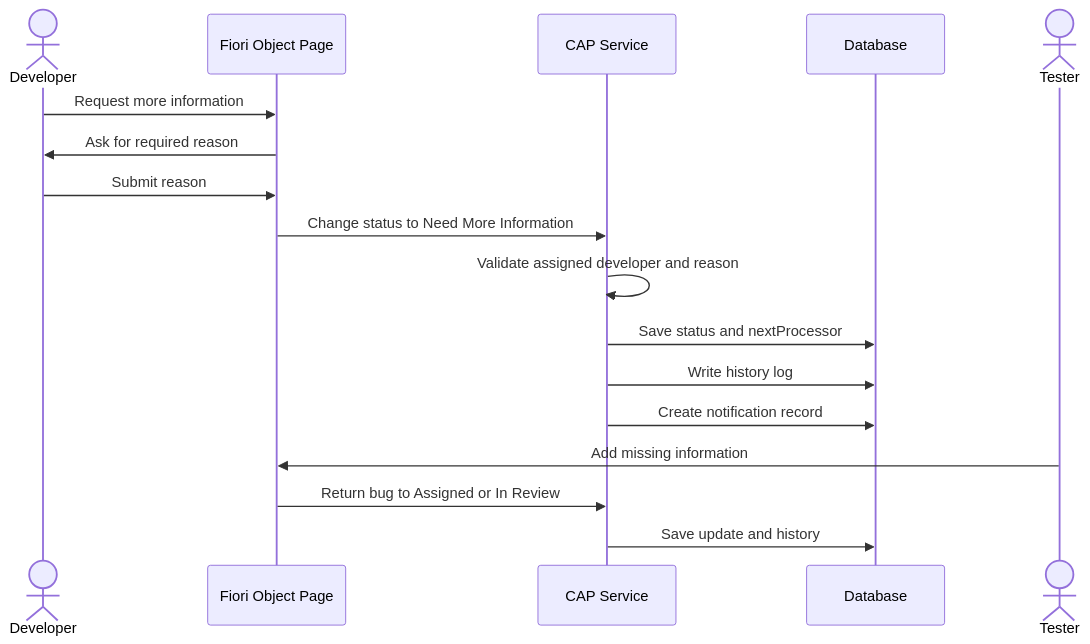
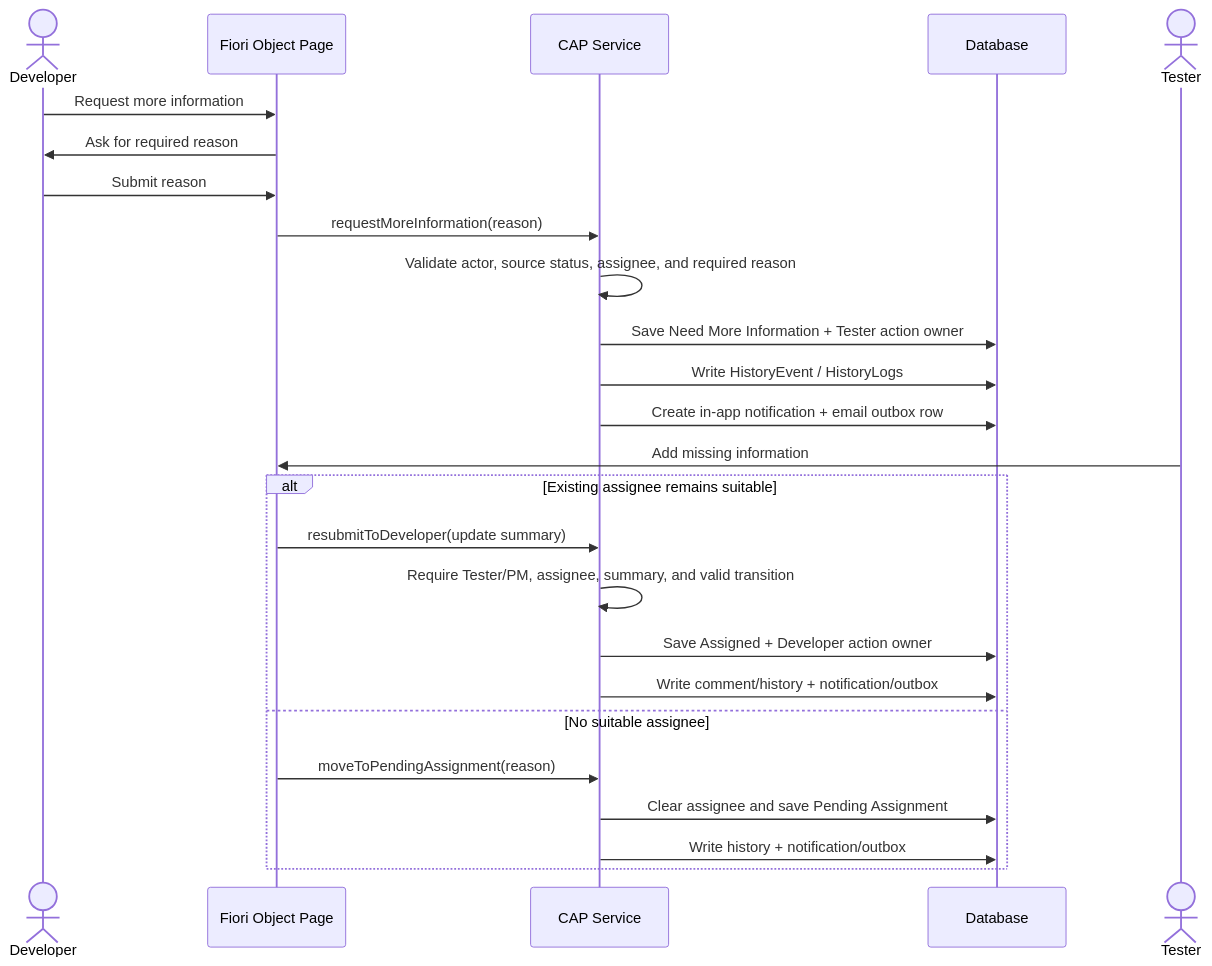
One commit to DarwinDO/IDTS-SAP01 changed the diagram in docs/diagrams/rendered/source/19-frs-request-more-information.mmd. Above: the diagram before and after it, drawn with Mermaid. The commit also changed 124 other files, not shown here.

```diff
--- a/docs/diagrams/rendered/source/19-frs-request-more-information.mmd
+++ b/docs/diagrams/rendered/source/19-frs-request-more-information.mmd
@@ -1,18 +1,26 @@
 sequenceDiagram
     actor Dev as Developer
     participant UI as Fiori Object Page
     participant CAP as CAP Service
     participant DB as Database
     actor Tester as Tester
 
     Dev->>UI: Request more information
     UI->>Dev: Ask for required reason
     Dev->>UI: Submit reason
-    UI->>CAP: Change status to Need More Information
-    CAP->>CAP: Validate assigned developer and reason
-    CAP->>DB: Save status and nextProcessor
-    CAP->>DB: Write history log
-    CAP->>DB: Create notification record
+    UI->>CAP: requestMoreInformation(reason)
+    CAP->>CAP: Validate actor, source status, assignee, and required reason
+    CAP->>DB: Save Need More Information + Tester action owner
+    CAP->>DB: Write HistoryEvent / HistoryLogs
+    CAP->>DB: Create in-app notification + email outbox row
     Tester->>UI: Add missing information
-    UI->>CAP: Return bug to Assigned or In Review
-    CAP->>DB: Save update and history
+    alt Existing assignee remains suitable
+        UI->>CAP: resubmitToDeveloper(update summary)
+        CAP->>CAP: Require Tester/PM, assignee, summary, and valid transition
+        CAP->>DB: Save Assigned + Developer action owner
+        CAP->>DB: Write comment/history + notification/outbox
+    else No suitable assignee
+        UI->>CAP: moveToPendingAssignment(reason)
+        CAP->>DB: Clear assignee and save Pending Assignment
+        CAP->>DB: Write history + notification/outbox
+    end
```
